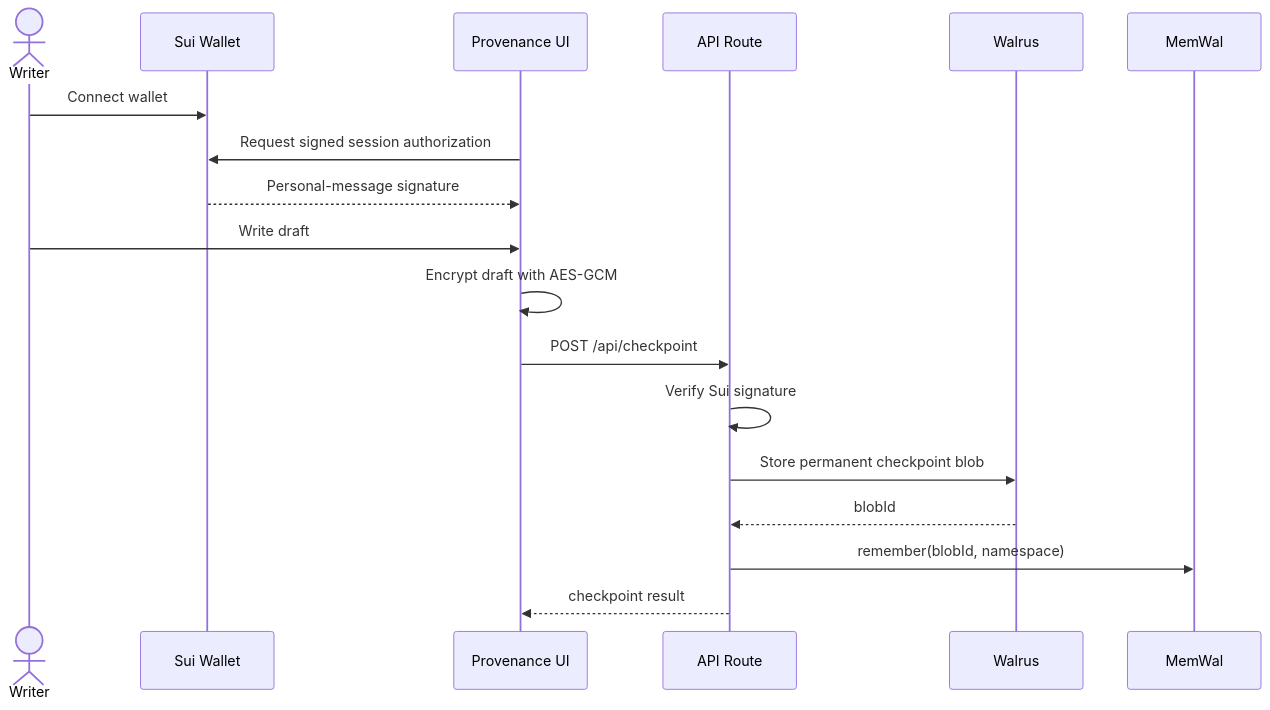
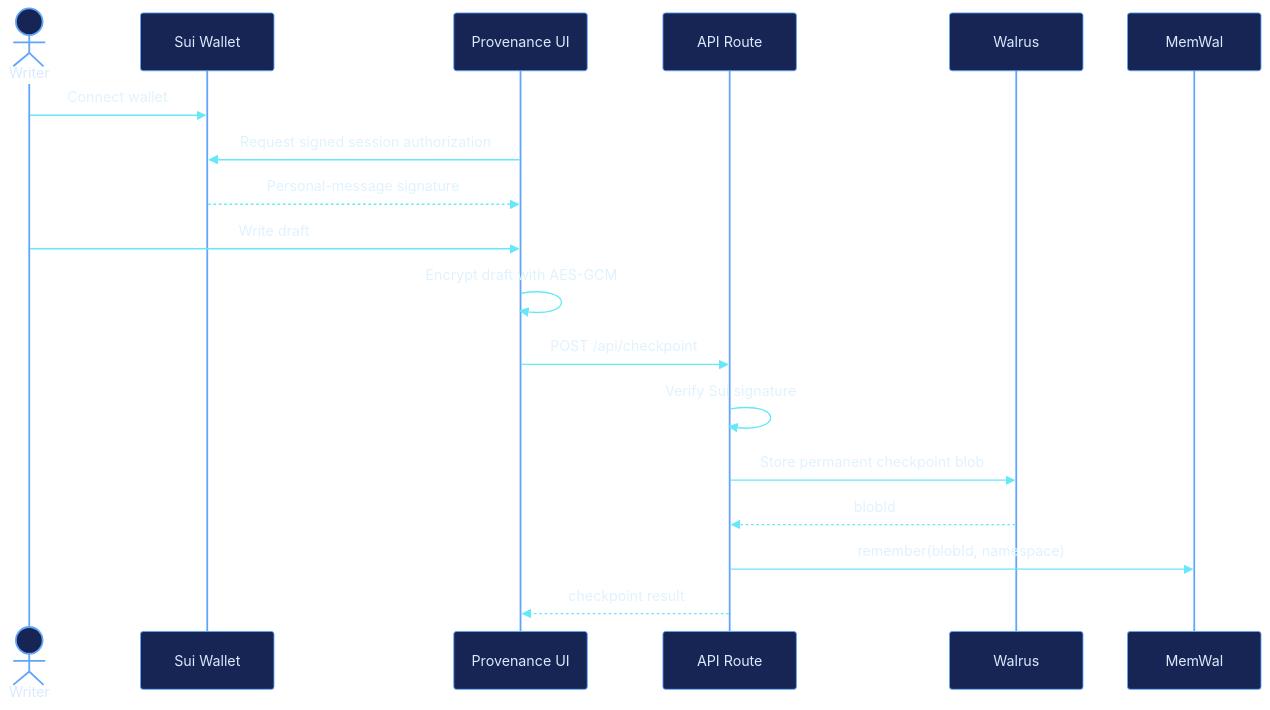
The second of 3 diagrams in README.md (SumitRaikwar18/Provenance), drawn with Mermaid before and after one commit. The commit also changed other lines of this file, not shown here.

Commit message:
docs: add colorful diagrams and ecosystem links

````diff
--- a/README.md
+++ b/README.md
@@ -52,21 +65,22 @@
 ```mermaid
+%%{init: {"theme": "base", "themeVariables": {"background": "#0b1020", "actorBkg": "#172554", "actorBorder": "#60a5fa", "actorTextColor": "#dbeafe", "primaryColor": "#312e81", "primaryBorderColor": "#a78bfa", "primaryTextColor": "#ede9fe", "lineColor": "#22d3ee", "signalColor": "#67e8f9", "signalTextColor": "#e0f2fe", "noteBkgColor": "#064e3b", "noteTextColor": "#d1fae5", "fontFamily": "Inter, Arial"}}}%%
 sequenceDiagram
   actor U as Writer
   participant W as Sui Wallet
   participant UI as Provenance UI
   participant API as API Route
   participant R as Walrus
   participant M as MemWal
 
   U->>W: Connect wallet
   UI->>W: Request signed session authorization
   W-->>UI: Personal-message signature
   U->>UI: Write draft
   UI->>UI: Encrypt draft with AES-GCM
   UI->>API: POST /api/checkpoint
   API->>API: Verify Sui signature
   API->>R: Store permanent checkpoint blob
   R-->>API: blobId
   API->>M: remember(blobId, namespace)
   API-->>UI: checkpoint result
 ```
````
